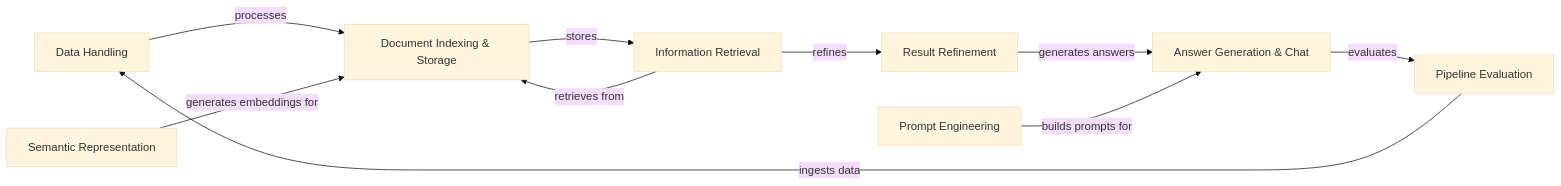
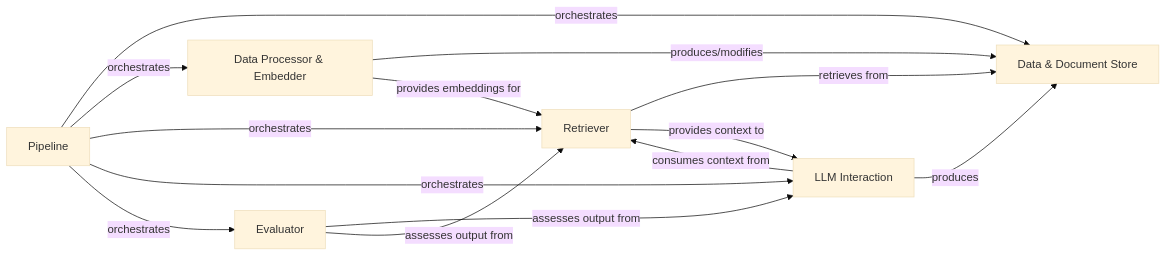
One commit to CodeBoarding/GeneratedOnBoardings changed the diagram in haystack/on_boarding.md. Above: the diagram before and after it, drawn with Mermaid (base theme). The commit also changed other lines of this file and 14 other files, not shown here.

````diff
--- a/haystack/on_boarding.md
+++ b/haystack/on_boarding.md
@@ -1,28 +1,28 @@
 ```mermaid
 graph LR
-    Data_Handling["Data Handling"]
-    Document_Indexing_Storage["Document Indexing & Storage"]
-    Semantic_Representation["Semantic Representation"]
-    Information_Retrieval["Information Retrieval"]
-    Result_Refinement["Result Refinement"]
-    Answer_Generation_Chat["Answer Generation & Chat"]
-    Prompt_Engineering["Prompt Engineering"]
-    Pipeline_Evaluation["Pipeline Evaluation"]
-    Data_Handling -- "processes" --> Document_Indexing_Storage
-    Document_Indexing_Storage -- "stores" --> Information_Retrieval
-    Semantic_Representation -- "generates embeddings for" --> Document_Indexing_Storage
-    Information_Retrieval -- "retrieves from" --> Document_Indexing_Storage
-    Information_Retrieval -- "refines" --> Result_Refinement
-    Result_Refinement -- "generates answers" --> Answer_Generation_Chat
-    Prompt_Engineering -- "builds prompts for" --> Answer_Generation_Chat
-    Answer_Generation_Chat -- "evaluates" --> Pipeline_Evaluation
-    Pipeline_Evaluation -- "ingests data" --> Data_Handling
-    click Data_Handling href "https://github.com/CodeBoarding/GeneratedOnBoardings/blob/main/haystack/Data Handling.md" "Details"
-    click Document_Indexing_Storage href "https://github.com/CodeBoarding/GeneratedOnBoardings/blob/main/haystack/Document Indexing & Storage.md" "Details"
-    click Semantic_Representation href "https://github.com/CodeBoarding/GeneratedOnBoardings/blob/main/haystack/Semantic Representation.md" "Details"
-    click Information_Retrieval href "https://github.com/CodeBoarding/GeneratedOnBoardings/blob/main/haystack/Information Retrieval.md" "Details"
-    click Result_Refinement href "https://github.com/CodeBoarding/GeneratedOnBoardings/blob/main/haystack/Result Refinement.md" "Details"
-    click Answer_Generation_Chat href "https://github.com/CodeBoarding/GeneratedOnBoardings/blob/main/haystack/Answer Generation & Chat.md" "Details"
-    click Prompt_Engineering href "https://github.com/CodeBoarding/GeneratedOnBoardings/blob/main/haystack/Prompt Engineering.md" "Details"
-    click Pipeline_Evaluation href "https://github.com/CodeBoarding/GeneratedOnBoardings/blob/main/haystack/Pipeline Evaluation.md" "Details"
+    Pipeline["Pipeline"]
+    Data_Document_Store["Data & Document Store"]
+    Data_Processor_Embedder["Data Processor & Embedder"]
+    Retriever["Retriever"]
+    LLM_Interaction["LLM Interaction"]
+    Evaluator["Evaluator"]
+    Pipeline -- "orchestrates" --> Data_Document_Store
+    Pipeline -- "orchestrates" --> Data_Processor_Embedder
+    Pipeline -- "orchestrates" --> Retriever
+    Pipeline -- "orchestrates" --> LLM_Interaction
+    Pipeline -- "orchestrates" --> Evaluator
+    Data_Processor_Embedder -- "produces/modifies" --> Data_Document_Store
+    Retriever -- "retrieves from" --> Data_Document_Store
+    Data_Processor_Embedder -- "provides embeddings for" --> Retriever
+    Retriever -- "provides context to" --> LLM_Interaction
+    LLM_Interaction -- "consumes context from" --> Retriever
+    LLM_Interaction -- "produces" --> Data_Document_Store
+    Evaluator -- "assesses output from" --> LLM_Interaction
+    Evaluator -- "assesses output from" --> Retriever
+    click Pipeline href "https://github.com/CodeBoarding/GeneratedOnBoardings/blob/main//haystack/Pipeline.md" "Details"
+    click Data_Document_Store href "https://github.com/CodeBoarding/GeneratedOnBoardings/blob/main//haystack/Data_Document_Store.md" "Details"
+    click Data_Processor_Embedder href "https://github.com/CodeBoarding/GeneratedOnBoardings/blob/main//haystack/Data_Processor_Embedder.md" "Details"
+    click Retriever href "https://github.com/CodeBoarding/GeneratedOnBoardings/blob/main//haystack/Retriever.md" "Details"
+    click LLM_Interaction href "https://github.com/CodeBoarding/GeneratedOnBoardings/blob/main//haystack/LLM_Interaction.md" "Details"
+    click Evaluator href "https://github.com/CodeBoarding/GeneratedOnBoardings/blob/main//haystack/Evaluator.md" "Details"
 ```
````
